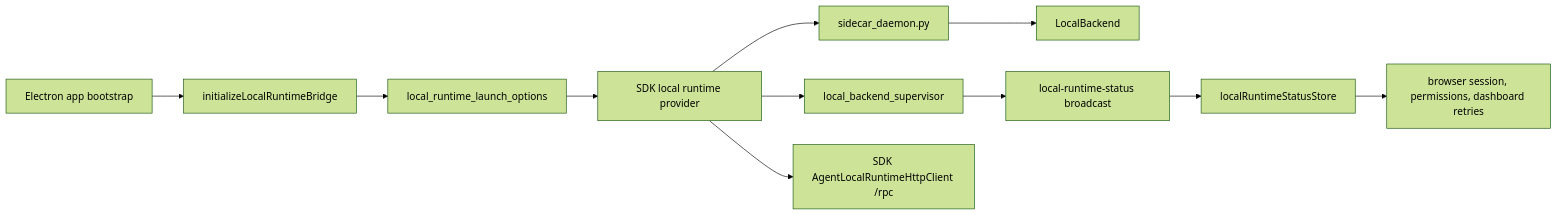
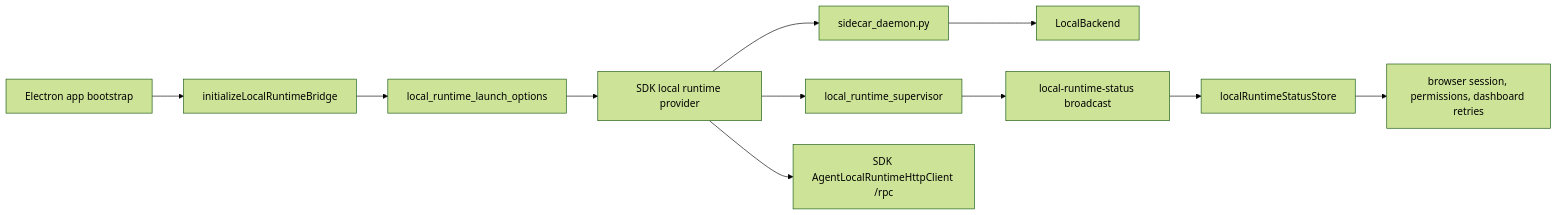
Before and after one commit to buiilding/My_Own_OpenClaw: the diagram in docs/frontend/main/local_backend/process_lifecycle_change_workflow.md, drawn with Mermaid (forest theme). The commit also changed other lines of this file and 15 other files, not shown here.

First line of the commit message:
refactor(main): rename local runtime supervisor module

````diff
--- a/docs/frontend/main/local_backend/process_lifecycle_change_workflow.md
+++ b/docs/frontend/main/local_backend/process_lifecycle_change_workflow.md
@@ -18,13 +18,13 @@
 ```mermaid
 flowchart LR
   AppBootstrap["Electron app bootstrap"] --> BridgeInit["initializeLocalRuntimeBridge"]
   BridgeInit --> LaunchOptions["local_runtime_launch_options"]
   LaunchOptions --> SDKProvider["SDK local runtime provider"]
   SDKProvider --> Daemon["sidecar_daemon.py"]
   Daemon --> LocalBackend["LocalBackend"]
-  SDKProvider --> Supervisor["local_backend_supervisor"]
+  SDKProvider --> Supervisor["local_runtime_supervisor"]
   Supervisor --> Status["local-runtime-status broadcast"]
   Status --> RendererStore["localRuntimeStatusStore"]
   RendererStore --> Consumers["browser session, permissions, dashboard retries"]
   SDKProvider --> Rpc["SDK AgentLocalRuntimeHttpClient /rpc"]
 ```
````
